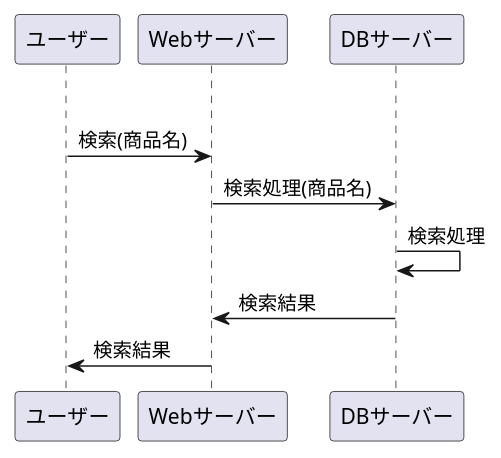
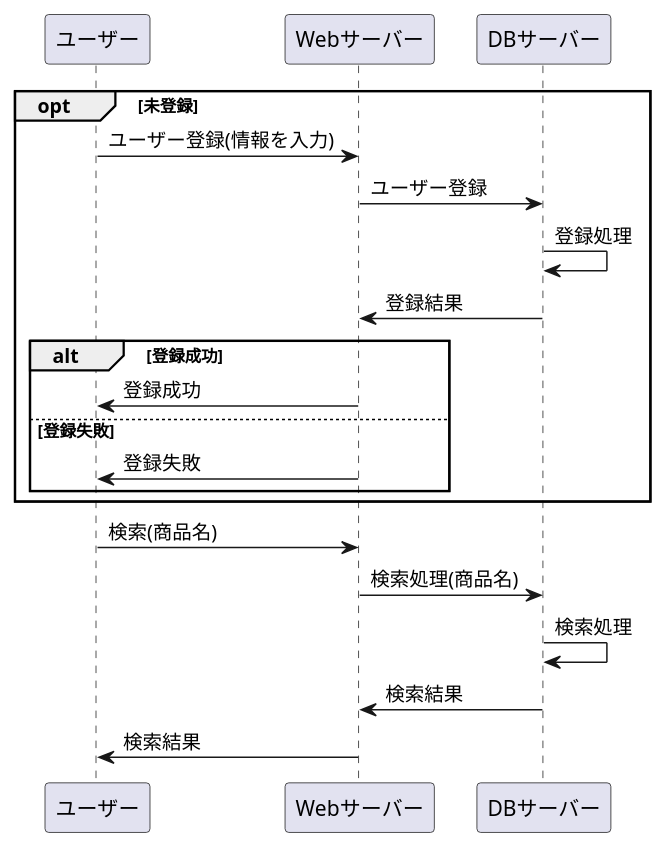
The diagram in sample.md (Aso2001154/2021sys-design), drawn with PlantUML before and after one commit.

````diff
--- a/sample.md
+++ b/sample.md
@@ -1,10 +1,22 @@
 ```uml
 @startuml
 opt 未登録
+ユーザー -> Webサーバー : ユーザー登録(情報を入力)
+Webサーバー -> DBサーバー : ユーザー登録
+DBサーバー -> DBサーバー : 登録処理
+DBサーバー -> Webサーバー : 登録結果
+
+alt 登録成功
+Webサーバー -> ユーザー : 登録成功
+else 登録失敗
+Webサーバー -> ユーザー : 登録失敗
+end
+end
+
 ユーザー -> Webサーバー : 検索(商品名)
 Webサーバー -> DBサーバー : 検索処理(商品名)
 DBサーバー -> DBサーバー : 検索処理
 DBサーバー -> Webサーバー : 検索結果
 Webサーバー -> ユーザー : 検索結果
 @enduml
 ```
````
